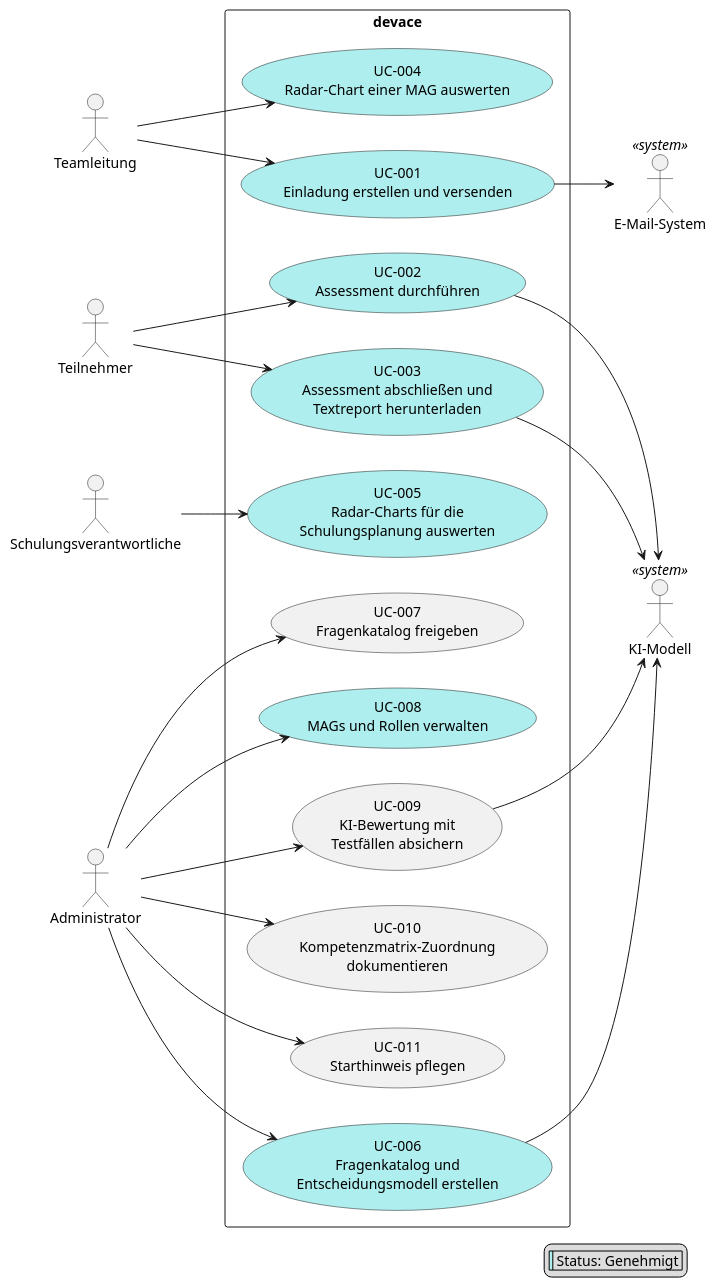
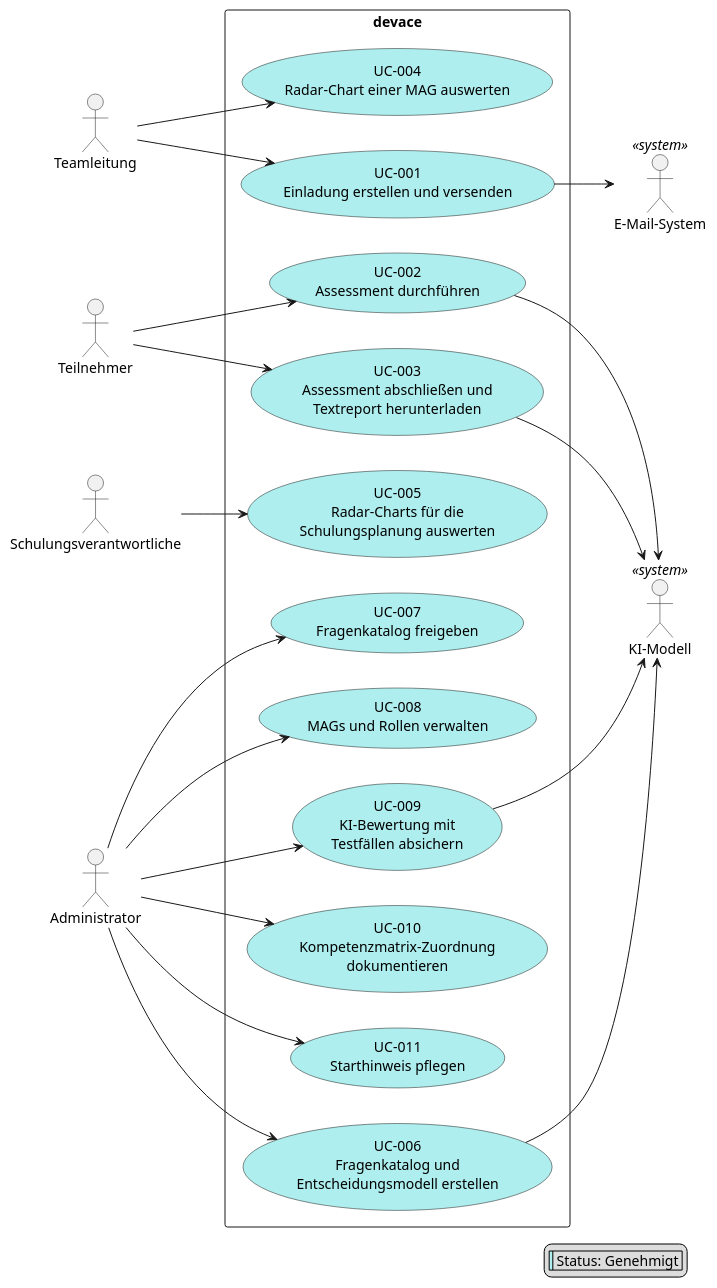
One commit to mrwylan/devace changed the diagram in docs/use_cases.puml. Above: the diagram before and after it, drawn with PlantUML. The commit also changed 4 other files, not shown here.

First line of the commit message:
UC-007, UC-009, UC-010, UC-011: Status Genehmigt, Diagramm eingefärbt

```diff
--- a/docs/use_cases.puml
+++ b/docs/use_cases.puml
@@ -1,58 +1,58 @@
 @startuml Use Cases Overview
 left to right direction
 
 actor "Teamleitung" as teamleitung
 actor "Teilnehmer" as teilnehmer
 actor "Schulungsverantwortliche" as schulung
 actor "Administrator" as admin
 actor "KI-Modell" as ki <<system>>
 actor "E-Mail-System" as mail <<system>>
 
 rectangle "devace" {
     ' FR-001, FR-002
     usecase "UC-001\nEinladung erstellen und versenden" as UC001 #PaleTurquoise
     ' FR-003, FR-004, FR-005, FR-006
     usecase "UC-002\nAssessment durchführen" as UC002 #PaleTurquoise
     ' FR-007, FR-008, FR-009
     usecase "UC-003\nAssessment abschließen und\nTextreport herunterladen" as UC003 #PaleTurquoise
     ' FR-010
     usecase "UC-004\nRadar-Chart einer MAG auswerten" as UC004 #PaleTurquoise
     ' FR-011
     usecase "UC-005\nRadar-Charts für die\nSchulungsplanung auswerten" as UC005 #PaleTurquoise
     ' FR-012, FR-013
     usecase "UC-006\nFragenkatalog und\nEntscheidungsmodell erstellen" as UC006 #PaleTurquoise
     ' FR-014
-    usecase "UC-007\nFragenkatalog freigeben" as UC007
+    usecase "UC-007\nFragenkatalog freigeben" as UC007 #PaleTurquoise
     ' FR-015
     usecase "UC-008\nMAGs und Rollen verwalten" as UC008 #PaleTurquoise
     ' FR-016
-    usecase "UC-009\nKI-Bewertung mit\nTestfällen absichern" as UC009
+    usecase "UC-009\nKI-Bewertung mit\nTestfällen absichern" as UC009 #PaleTurquoise
     ' FR-017
-    usecase "UC-010\nKompetenzmatrix-Zuordnung\ndokumentieren" as UC010
+    usecase "UC-010\nKompetenzmatrix-Zuordnung\ndokumentieren" as UC010 #PaleTurquoise
     ' FR-019
-    usecase "UC-011\nStarthinweis pflegen" as UC011
+    usecase "UC-011\nStarthinweis pflegen" as UC011 #PaleTurquoise
 }
 
 teamleitung --> UC001
 teamleitung --> UC004
 teilnehmer --> UC002
 teilnehmer --> UC003
 schulung --> UC005
 admin --> UC006
 admin --> UC007
 admin --> UC008
 admin --> UC009
 admin --> UC010
 admin --> UC011
 
 UC001 --> mail
 UC002 --> ki
 UC003 --> ki
 UC006 --> ki
 UC009 --> ki
 
 legend right
   |<#PaleTurquoise>| Status: Genehmigt |
 endlegend
 
 @enduml
```
